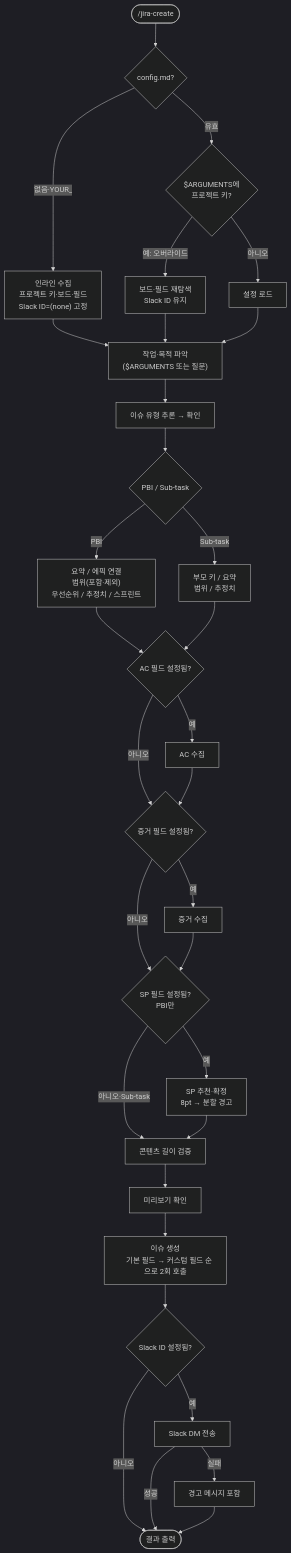
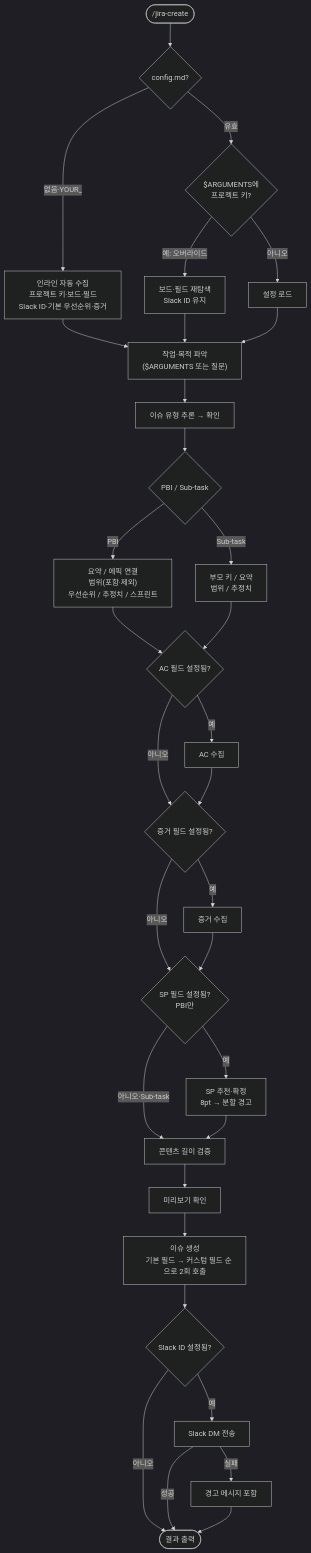
Before and after one commit to Park-Seung-Hun/atlassian-skills: the first of 3 diagrams in jira-create/README.md, drawn with Mermaid (dark theme). The commit also changed other lines of this file and 9 other files, not shown here.

````diff
--- a/jira-create/README.md
+++ b/jira-create/README.md
@@ -41,41 +42,41 @@
 ```mermaid
 flowchart TD
     A(["/jira-create"]) --> B{config.md?}
-    B -- 없음·YOUR_ --> C["인라인 수집
+    B -- 없음·YOUR_ --> C["인라인 자동 수집
     프로젝트 키·보드·필드
-    Slack ID=(none) 고정"]
+    Slack ID·기본 우선순위·증거"]
     B -- 유효 --> D{"$ARGUMENTS에
     프로젝트 키?"}
     D -- 예: 오버라이드 --> E[보드·필드 재탐색\nSlack ID 유지]
     D -- 아니오 --> F[설정 로드]
     C & E & F --> G["작업·목적 파악
     ($ARGUMENTS 또는 질문)"]
     G --> H[이슈 유형 추론 → 확인]
     H --> I{PBI / Sub-task}
     I -- PBI --> J["요약 / 에픽 연결
     범위(포함·제외)
     우선순위 / 추정치 / 스프린트"]
     I -- Sub-task --> K["부모 키 / 요약
     범위 / 추정치"]
     J & K --> L{AC 필드 설정됨?}
     L -- 예 --> M[AC 수집]
     L -- 아니오 --> N{증거 필드 설정됨?}
     M --> N
     N -- 예 --> O[증거 수집]
     N -- 아니오 --> P{"SP 필드 설정됨?
     PBI만"}
     O --> P
     P -- 예 --> Q["SP 추천·확정
     8pt → 분할 경고"]
     P -- 아니오·Sub-task --> R[콘텐츠 길이 검증]
     Q --> R
     R --> S[미리보기 확인]
     S --> T["이슈 생성
     기본 필드 → 커스텀 필드 순으로 2회 호출"]
     T --> U{Slack ID 설정됨?}
     U -- 아니오 --> V([결과 출력])
     U -- 예 --> W[Slack DM 전송]
     W -- 성공 --> V
     W -- 실패 --> X["경고 메시지 포함"]
     X --> V
 ```
````
